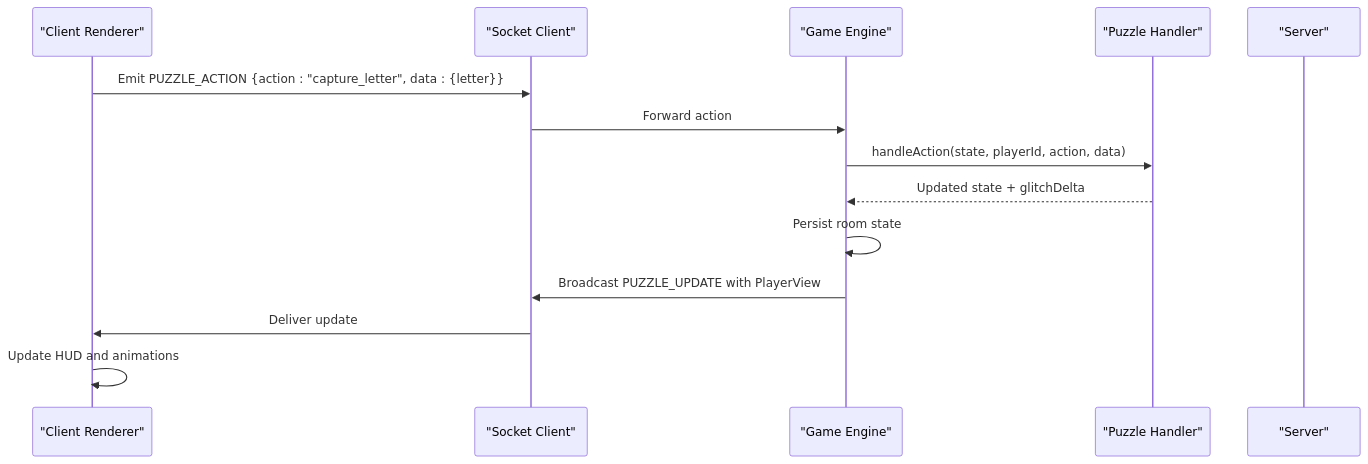
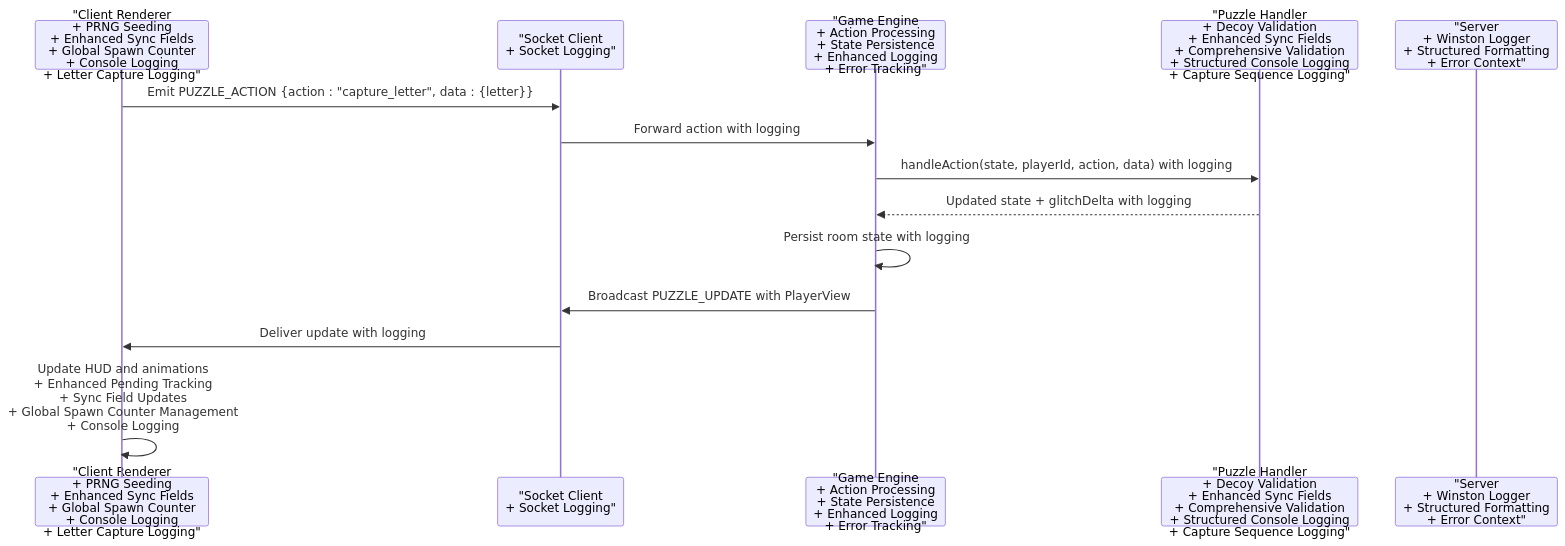
One commit to dkoukoul/escape-room-mvp changed the second of 9 diagrams in .qoder/repowiki/en/content/Puzzle System/Asymmetric Symbols Puzzle.md. Above: the diagram before and after it, drawn with Mermaid. The commit also changed other lines of this file and 21 other files, not shown here.

````diff
--- a/.qoder/repowiki/en/content/Puzzle System/Asymmetric Symbols Puzzle.md
+++ b/.qoder/repowiki/en/content/Puzzle System/Asymmetric Symbols Puzzle.md
@@ -126,16 +163,16 @@
 ```mermaid
 sequenceDiagram
-participant Client as "Client Renderer"
-participant Socket as "Socket Client"
-participant Engine as "Game Engine"
-participant Handler as "Puzzle Handler"
-participant Server as "Server"
+participant Client as "Client Renderer<br/>+ PRNG Seeding<br/>+ Enhanced Sync Fields<br/>+ Global Spawn Counter<br/>+ Console Logging<br/>+ Letter Capture Logging"
+participant Socket as "Socket Client<br/>+ Socket Logging"
+participant Engine as "Game Engine<br/>+ Action Processing<br/>+ State Persistence<br/>+ Enhanced Logging<br/>+ Error Tracking"
+participant Handler as "Puzzle Handler<br/>+ Decoy Validation<br/>+ Enhanced Sync Fields<br/>+ Comprehensive Validation<br/>+ Structured Console Logging<br/>+ Capture Sequence Logging"
+participant Server as "Server<br/>+ Winston Logger<br/>+ Structured Formatting<br/>+ Error Context"
 Client->>Socket : Emit PUZZLE_ACTION {action : "capture_letter", data : {letter}}
-Socket->>Engine : Forward action
-Engine->>Handler : handleAction(state, playerId, action, data)
-Handler-->>Engine : Updated state + glitchDelta
-Engine->>Engine : Persist room state
+Socket->>Engine : Forward action with logging
+Engine->>Handler : handleAction(state, playerId, action, data) with logging
+Handler-->>Engine : Updated state + glitchDelta with logging
+Engine->>Engine : Persist room state with logging
 Engine->>Socket : Broadcast PUZZLE_UPDATE with PlayerView
-Socket->>Client : Deliver update
-Client->>Client : Update HUD and animations
+Socket->>Client : Deliver update with logging
+Client->>Client : Update HUD and animations<br/>+ Enhanced Pending Tracking<br/>+ Sync Field Updates<br/>+ Global Spawn Counter Management<br/>+ Console Logging
 ```
````
